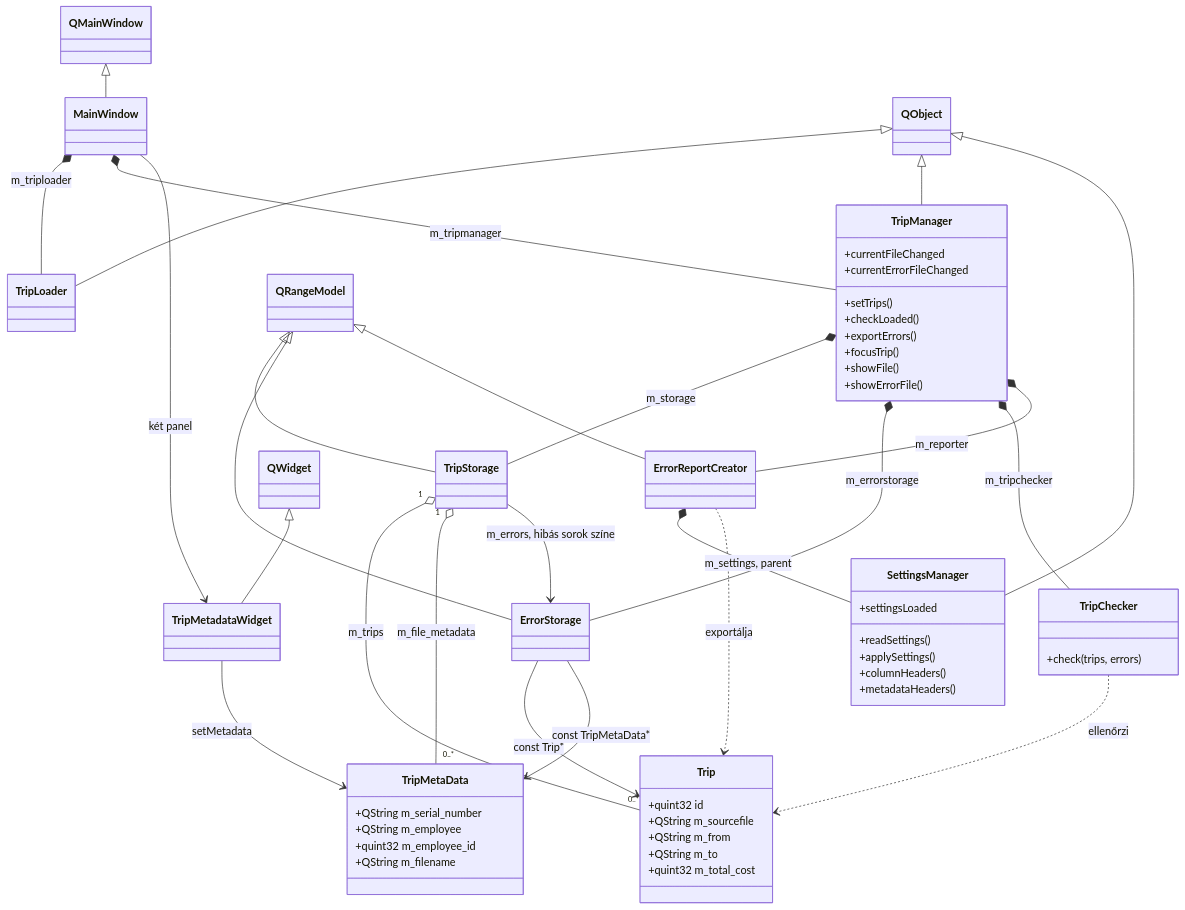
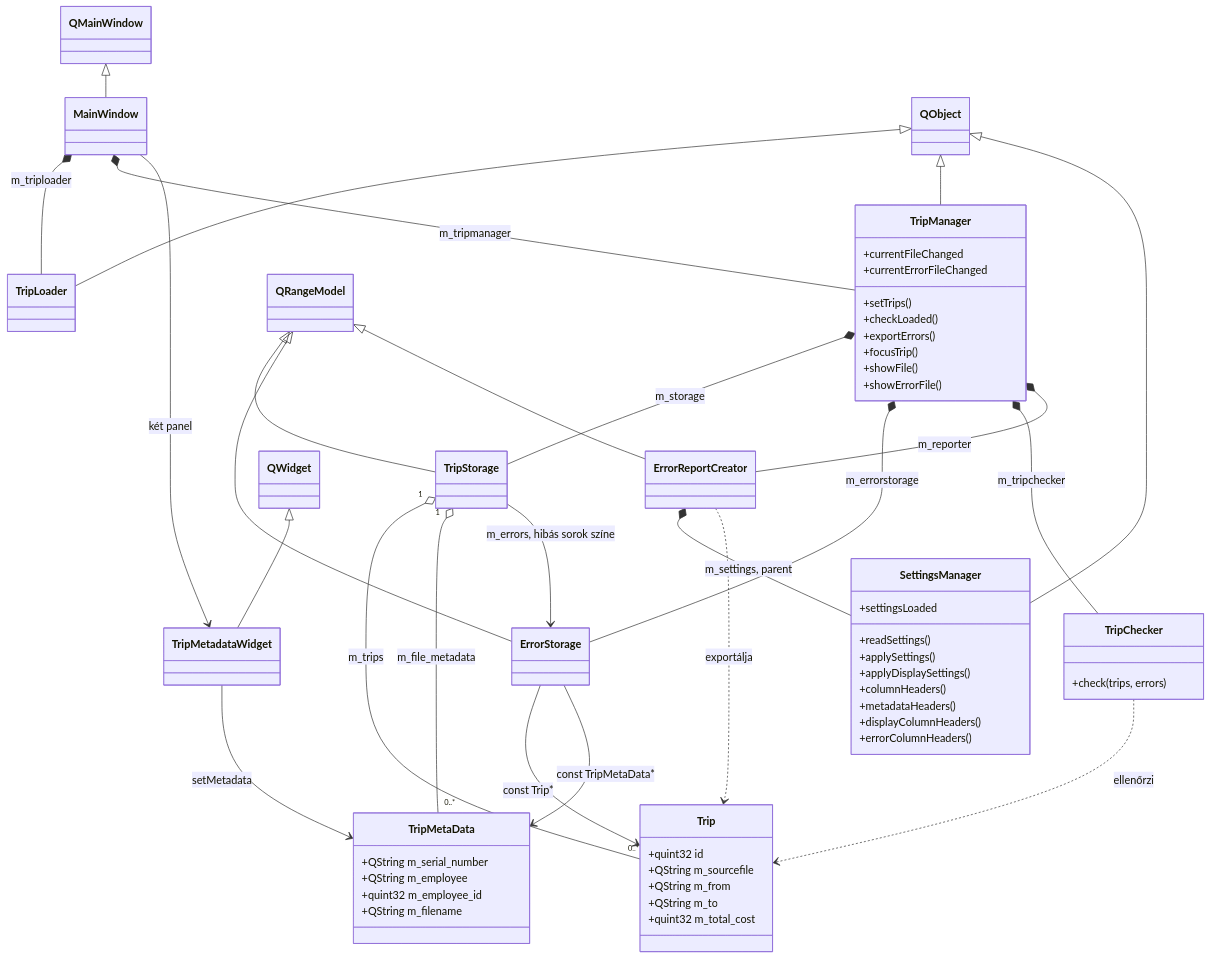
The second of 9 diagrams in DEVELOP.md (vajdaakos/KikuldetesiRendelvenyEllenorzo), drawn with Mermaid before and after one commit. The commit also changed other lines of this file, not shown here.

````diff
--- a/DEVELOP.md
+++ b/DEVELOP.md
@@ -119,64 +119,67 @@
 ```mermaid
 classDiagram
     QMainWindow <|-- MainWindow
     QObject <|-- TripLoader
     QObject <|-- TripManager
     QRangeModel <|-- TripStorage
     QRangeModel <|-- ErrorStorage
     QRangeModel <|-- ErrorReportCreator
     QObject <|-- SettingsManager
     QWidget <|-- TripMetadataWidget
 
     MainWindow *-- TripLoader : m_triploader
     MainWindow *-- TripManager : m_tripmanager
     MainWindow --> TripMetadataWidget : két panel
 
     TripManager *-- TripStorage : m_storage
     TripManager *-- ErrorStorage : m_errorstorage
     TripManager *-- TripChecker : m_tripchecker
     TripManager *-- ErrorReportCreator : m_reporter
     ErrorReportCreator *-- SettingsManager : m_settings, parent
 
     TripStorage "1" o-- "0..*" Trip : m_trips
     TripStorage "1" o-- "0..*" TripMetaData : m_file_metadata
     ErrorStorage --> Trip : const Trip*
     ErrorStorage --> TripMetaData : const TripMetaData*
     TripStorage --> ErrorStorage : m_errors, hibás sorok színe
     TripMetadataWidget --> TripMetaData : setMetadata
     TripChecker ..> Trip : ellenőrzi
     ErrorReportCreator ..> Trip : exportálja
 
     class Trip {
         +quint32 id
         +QString m_sourcefile
         +QString m_from
         +QString m_to
         +quint32 m_total_cost
     }
     class TripMetaData {
         +QString m_serial_number
         +QString m_employee
         +quint32 m_employee_id
         +QString m_filename
     }
     class TripChecker {
         +check(trips, errors)
     }
     class TripManager {
         +setTrips()
         +checkLoaded()
         +exportErrors()
         +focusTrip()
         +showFile()
         +showErrorFile()
         +currentFileChanged
         +currentErrorFileChanged
     }
     class SettingsManager {
         +readSettings()
         +applySettings()
+        +applyDisplaySettings()
         +columnHeaders()
         +metadataHeaders()
+        +displayColumnHeaders()
+        +errorColumnHeaders()
         +settingsLoaded
     }
 ```
````
